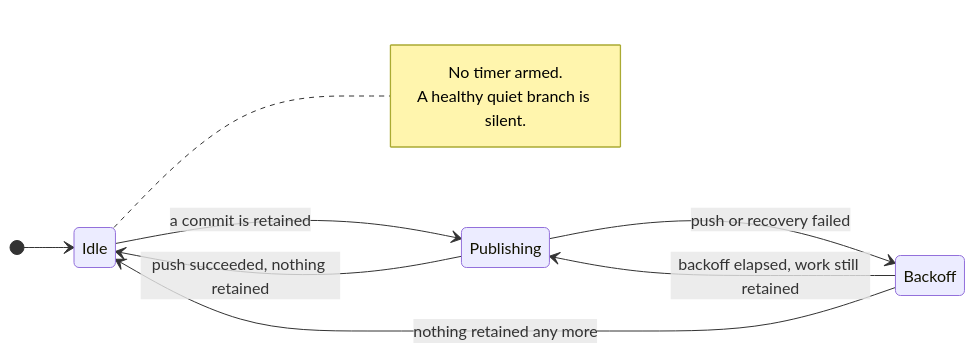
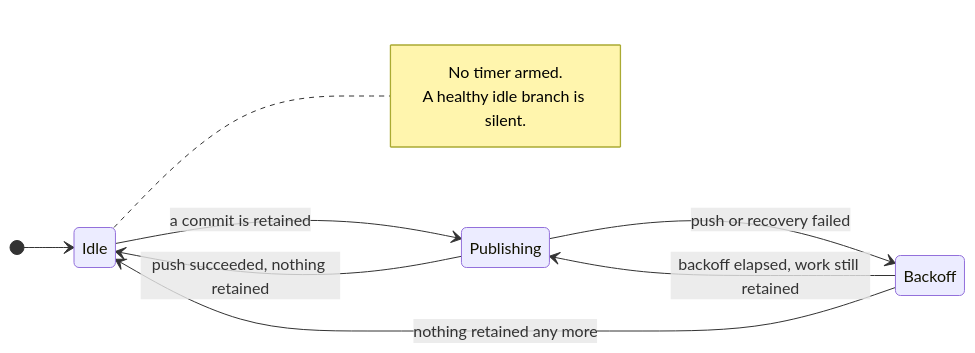
Before and after one commit to ConfigButler/gitops-reverser: the fourth of 4 diagrams in docs/design/push-cooldown.md, drawn with Mermaid. The commit also changed other lines of this file and 158 other files, not shown here.

````diff
--- a/docs/design/push-cooldown.md
+++ b/docs/design/push-cooldown.md
@@ -248,16 +252,16 @@
 ```mermaid
 stateDiagram-v2
     direction LR
 
     [*] --> Idle
     Idle --> Publishing: a commit is retained
     Publishing --> Idle: push succeeded, nothing retained
     Publishing --> Backoff: push or recovery failed
     Backoff --> Publishing: backoff elapsed, work still retained
     Backoff --> Idle: nothing retained any more
 
     note right of Idle
         No timer armed.
-        A healthy quiet branch is silent.
+        A healthy idle branch is silent.
     end note
 ```
````
